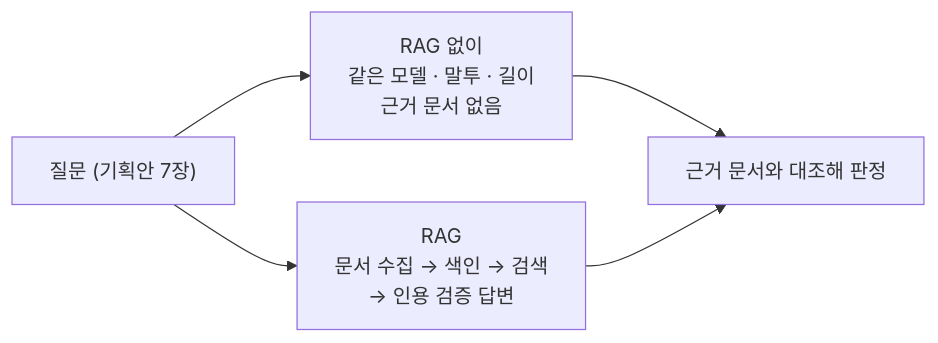
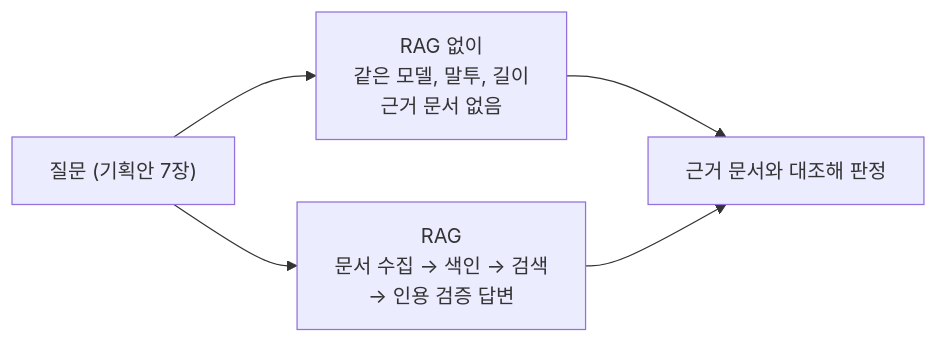
Before and after one commit to bnbong/VastHorizon: the diagram in docs/05_rag_comparison.md, drawn with Mermaid. The commit also changed other lines of this file and 30 other files, not shown here.

````diff
--- a/docs/05_rag_comparison.md
+++ b/docs/05_rag_comparison.md
@@ -10,7 +10,7 @@
 ```mermaid
 flowchart LR
-    Q["질문 (기획안 7장)"] --> B["RAG 없이<br/>같은 모델 · 말투 · 길이<br/>근거 문서 없음"]
+    Q["질문 (기획안 7장)"] --> B["RAG 없이<br/>같은 모델, 말투, 길이<br/>근거 문서 없음"]
     Q --> R["RAG<br/>문서 수집 → 색인 → 검색<br/>→ 인용 검증 답변"]
     B --> J["근거 문서와 대조해 판정"]
     R --> J
 ```
````
